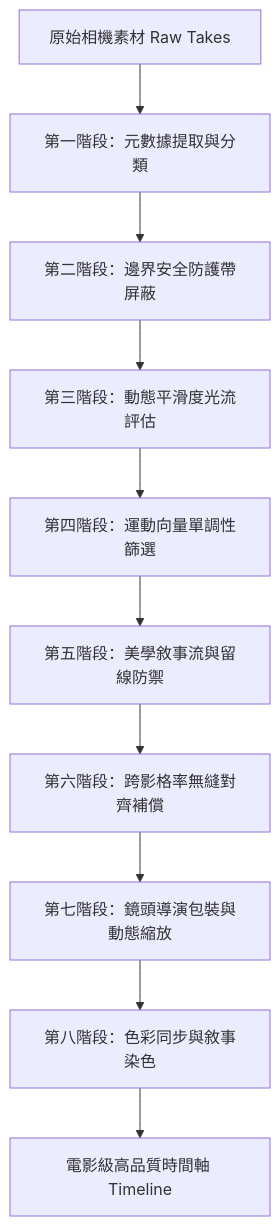
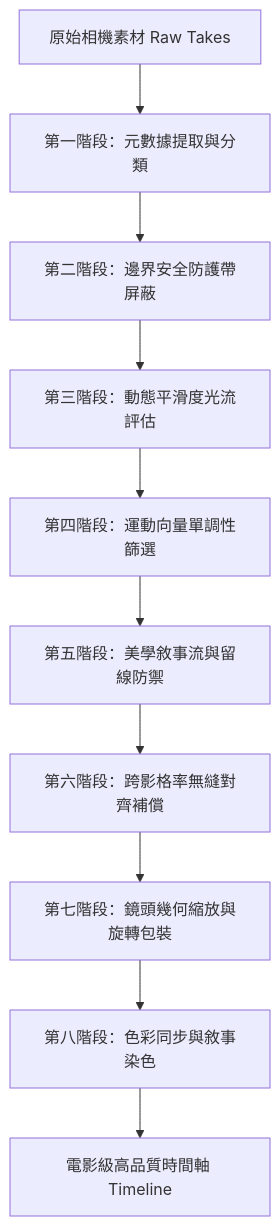
Before and after one commit to shutter211001-Larry/Autoedit: the diagram in doc/video_quality_enhancement_guide.md, drawn with Mermaid. The commit also changed other lines of this file and 6 other files, not shown here.

````diff
--- a/doc/video_quality_enhancement_guide.md
+++ b/doc/video_quality_enhancement_guide.md
@@ -10,12 +10,12 @@
 ```mermaid
 graph TD
     A[原始相機素材 Raw Takes] --> B[第一階段：元數據提取與分類]
     B --> C[第二階段：邊界安全防護帶屏蔽]
     C --> D[第三階段：動態平滑度光流評估]
     D --> E[第四階段：運動向量單調性篩選]
     E --> F[第五階段：美學敘事流與留線防禦]
     F --> G[第六階段：跨影格率無縫對齊補償]
-    G --> H[第七階段：鏡頭導演包裝與動態縮放]
+    G --> H[第七階段：鏡頭幾何縮放與旋轉包裝]
     H --> I[第八階段：色彩同步與敘事染色]
     I --> J[電影級高品質時間軸 Timeline]
 ```
````
